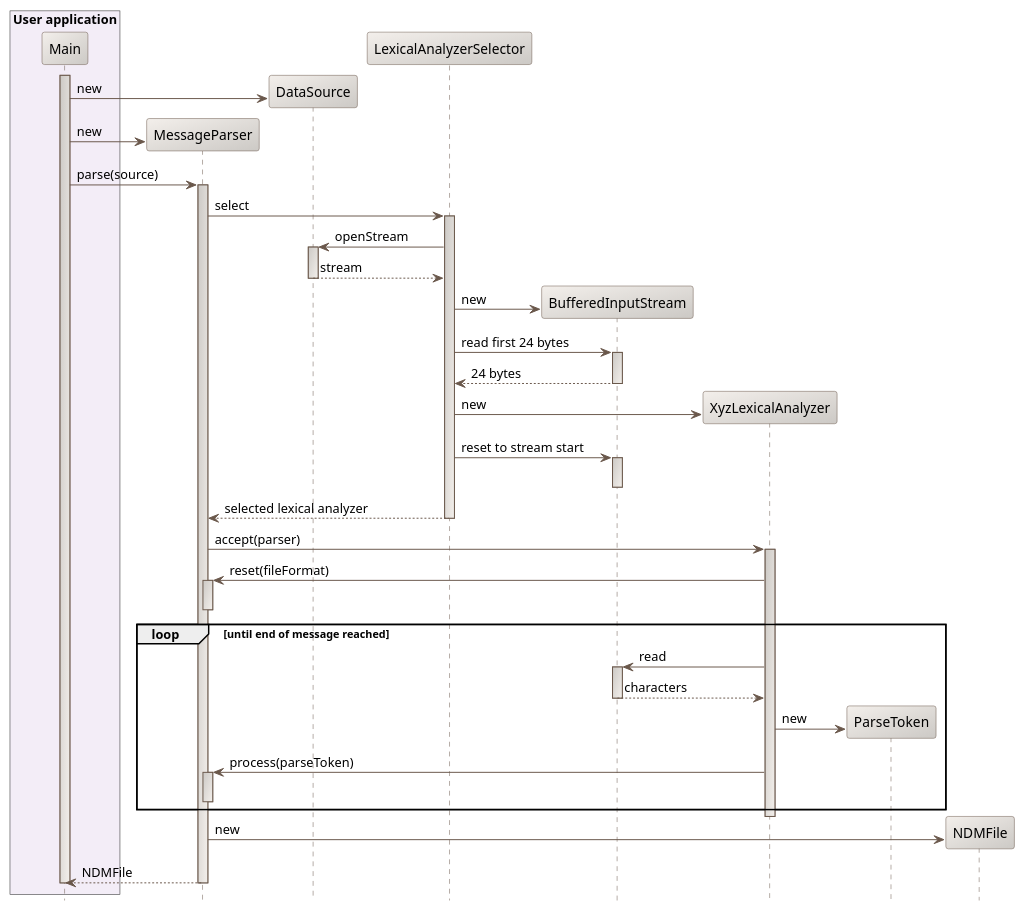
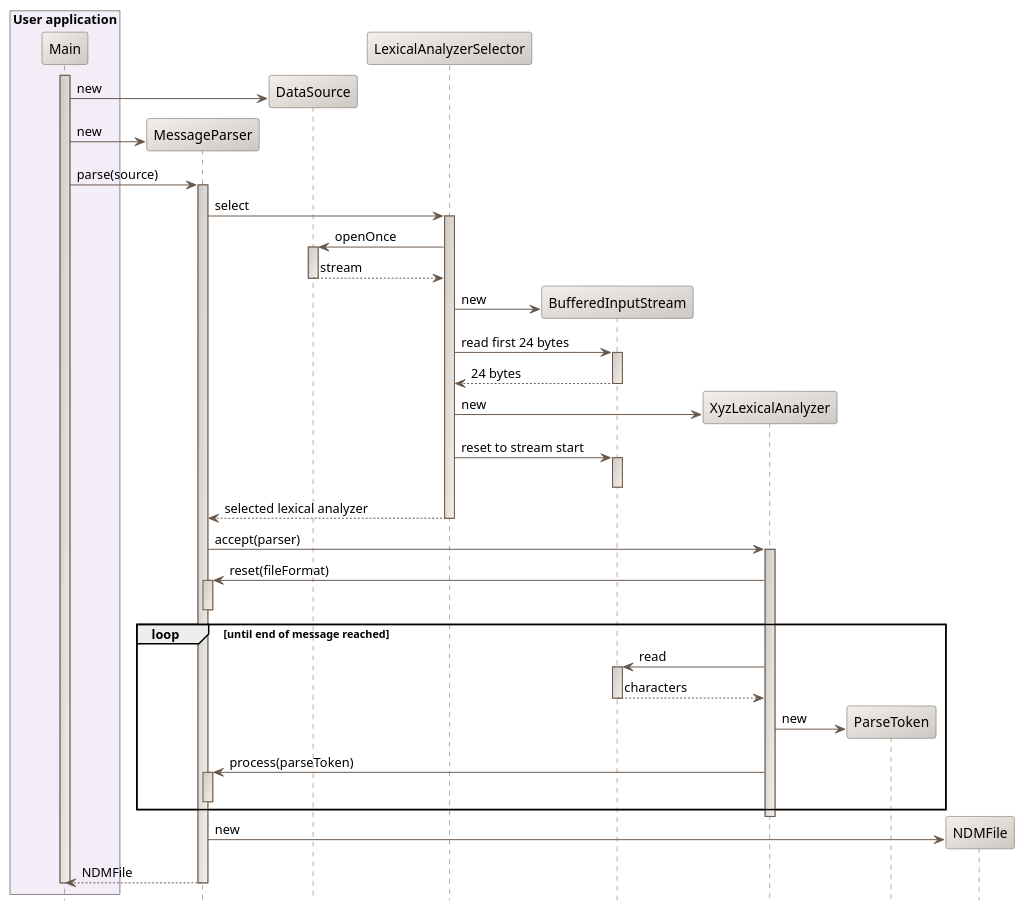
The diagram in src/design/ccsds-lexical-analysis-sequence-diagram.puml (CS-SI/Orekit), drawn with PlantUML before and after one commit. The commit also changed 4 other files, not shown here.

Commit message:
Updated UML diagrams.

```diff
--- a/src/design/ccsds-lexical-analysis-sequence-diagram.puml
+++ b/src/design/ccsds-lexical-analysis-sequence-diagram.puml
@@ -17,78 +17,78 @@
 @startuml
 
   skinparam svek                                true
   skinparam NoteBackgroundColor                 #F3EFEB
   skinparam NoteBorderColor                     #691616
   skinparam NoteFontColor                       #691616
   skinparam SequenceActorBorderColor            #6A584B
   skinparam SequenceParticipantBackgroundColor  #F3EFEB/CCC9C5
   skinparam SequenceParticipantBorderColor      #6A584B
   skinparam SequenceLifeLineBackgroundColor     #CCC9C5/F3EFEB
   skinparam SequenceLifeLineBorderColor         #6A584B
   skinparam SequenceArrowColor                  #6A584B
   skinparam SequenceBorderColor                 #6A584B
   skinparam SequenceFontSize                    11
 
   hide footbox
 
   box "User application" #F3EDF7
     participant Main
   end box
   participant MessageParser
   participant DataSource
   participant LexicalAnalyzerSelector
   participant BufferedInputStream
   participant XyzLexicalAnalyzer
   participant ParseToken
   participant NDMFile
 
   activate Main
     create DataSource
     Main -> DataSource : new
     create MessageParser
     Main -> MessageParser : new
     Main -> MessageParser : parse(source)
     activate MessageParser
       MessageParser -> LexicalAnalyzerSelector : select
       activate LexicalAnalyzerSelector
-        LexicalAnalyzerSelector -> DataSource : openStream
+        LexicalAnalyzerSelector -> DataSource : openOnce
         activate DataSource
           return stream
         deactivate DataSource
         create BufferedInputStream
         LexicalAnalyzerSelector -> BufferedInputStream : new
         LexicalAnalyzerSelector -> BufferedInputStream : read first 24 bytes
         activate BufferedInputStream
           BufferedInputStream --> LexicalAnalyzerSelector : 24 bytes
         deactivate BufferedInputStream
         create XyzLexicalAnalyzer
         LexicalAnalyzerSelector -> XyzLexicalAnalyzer : new
         LexicalAnalyzerSelector -> BufferedInputStream : reset to stream start
         activate BufferedInputStream
         deactivate BufferedInputStream
         LexicalAnalyzerSelector --> MessageParser : selected lexical analyzer
       deactivate LexicalAnalyzerSelector
       MessageParser -> XyzLexicalAnalyzer : accept(parser)
       activate XyzLexicalAnalyzer
         XyzLexicalAnalyzer -> MessageParser : reset(fileFormat)
         activate MessageParser
         deactivate MessageParser
         loop until end of message reached
           XyzLexicalAnalyzer -> BufferedInputStream : read
           activate BufferedInputStream
             BufferedInputStream --> XyzLexicalAnalyzer : characters
           deactivate BufferedInputStream
           create ParseToken
           XyzLexicalAnalyzer -> ParseToken : new
         XyzLexicalAnalyzer -> MessageParser : process(parseToken)
         activate MessageParser
         deactivate MessageParser
         end
       deactivate XyzLexicalAnalyzer
       create NDMFile
       MessageParser -> NDMFile : new
       MessageParser --> Main : NDMFile
     deactivate MessageParser
   deactivate Main
 
 @enduml
```
